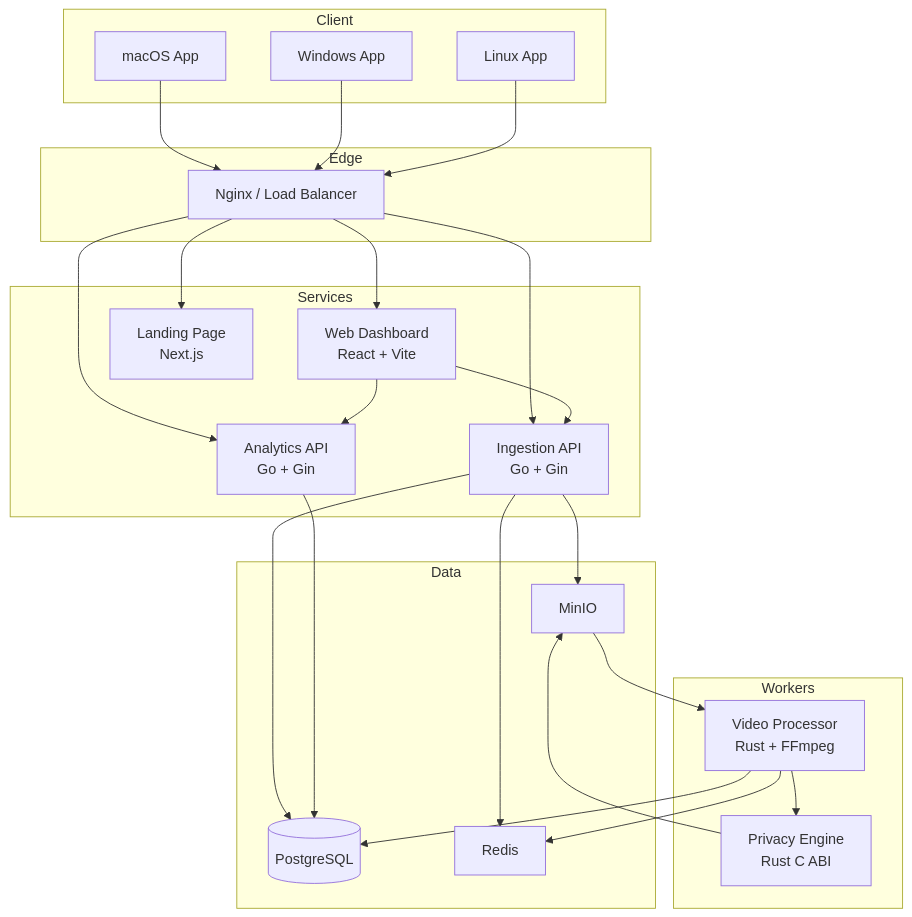
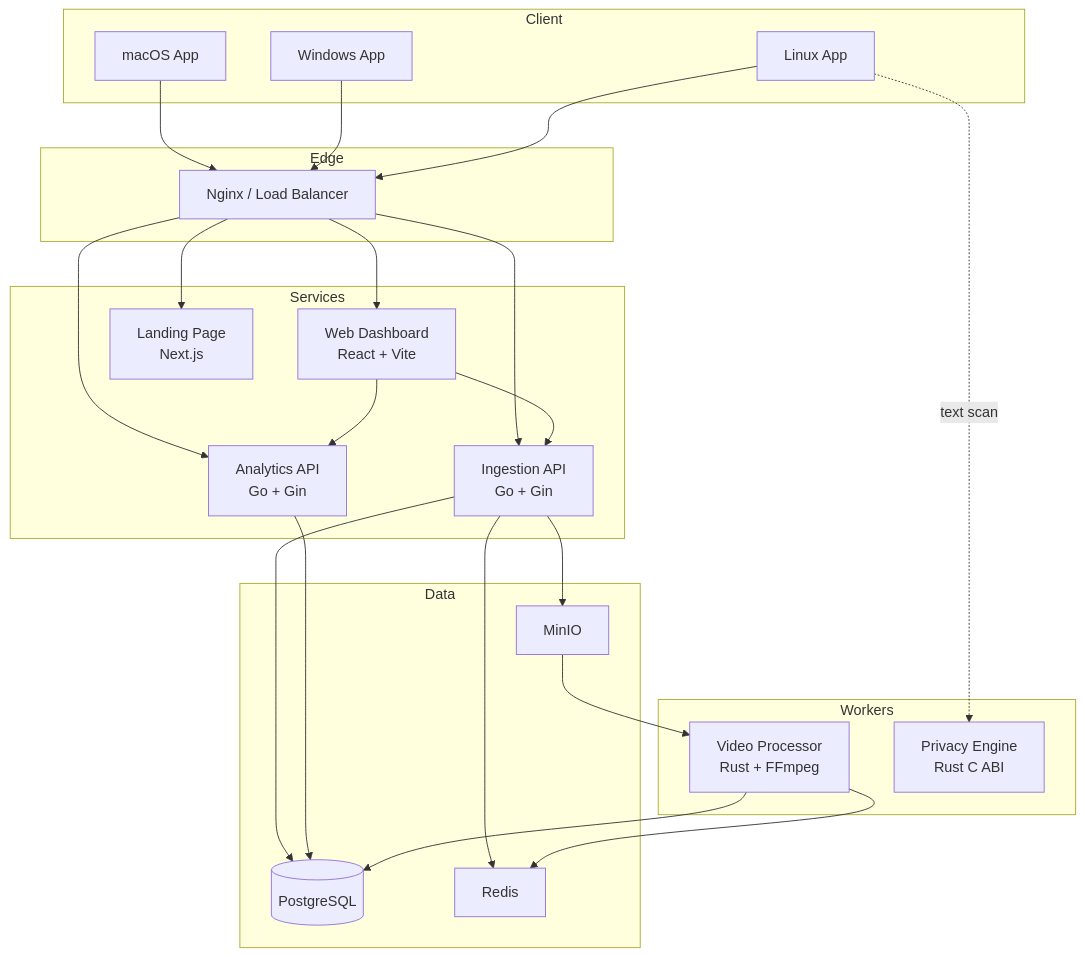
Before and after one commit to etherman-os/Chronoscope: the second of 4 diagrams in docs/ARCHITECTURE.md, drawn with Mermaid. The commit also changed other lines of this file and 48 other files, not shown here.

````diff
--- a/docs/ARCHITECTURE.md
+++ b/docs/ARCHITECTURE.md
@@ -88,49 +91,48 @@
 ```mermaid
 flowchart TB
     subgraph Client
         A[macOS App]
         B[Windows App]
         C[Linux App]
     end
 
     subgraph Edge
         N[Nginx / Load Balancer]
     end
 
     subgraph Services
         I[Ingestion API<br/>Go + Gin]
         An[Analytics API<br/>Go + Gin]
         W[Web Dashboard<br/>React + Vite]
         L[Landing Page<br/>Next.js]
     end
 
     subgraph Data
         P[(PostgreSQL)]
         R[Redis]
         M[MinIO]
     end
 
     subgraph Workers
         Pr[Video Processor<br/>Rust + FFmpeg]
         Pe[Privacy Engine<br/>Rust C ABI]
     end
 
     A --> N
     B --> N
     C --> N
     N --> I
     N --> An
     N --> W
     N --> L
     I --> P
     I --> M
     An --> P
     W --> I
     W --> An
     M --> Pr
-    Pr --> Pe
-    Pe --> M
     Pr --> P
+    C -. text scan .-> Pe
     I --> R
     Pr --> R
 ```
````
